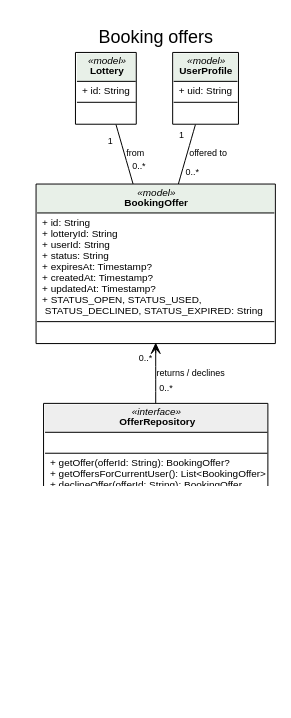
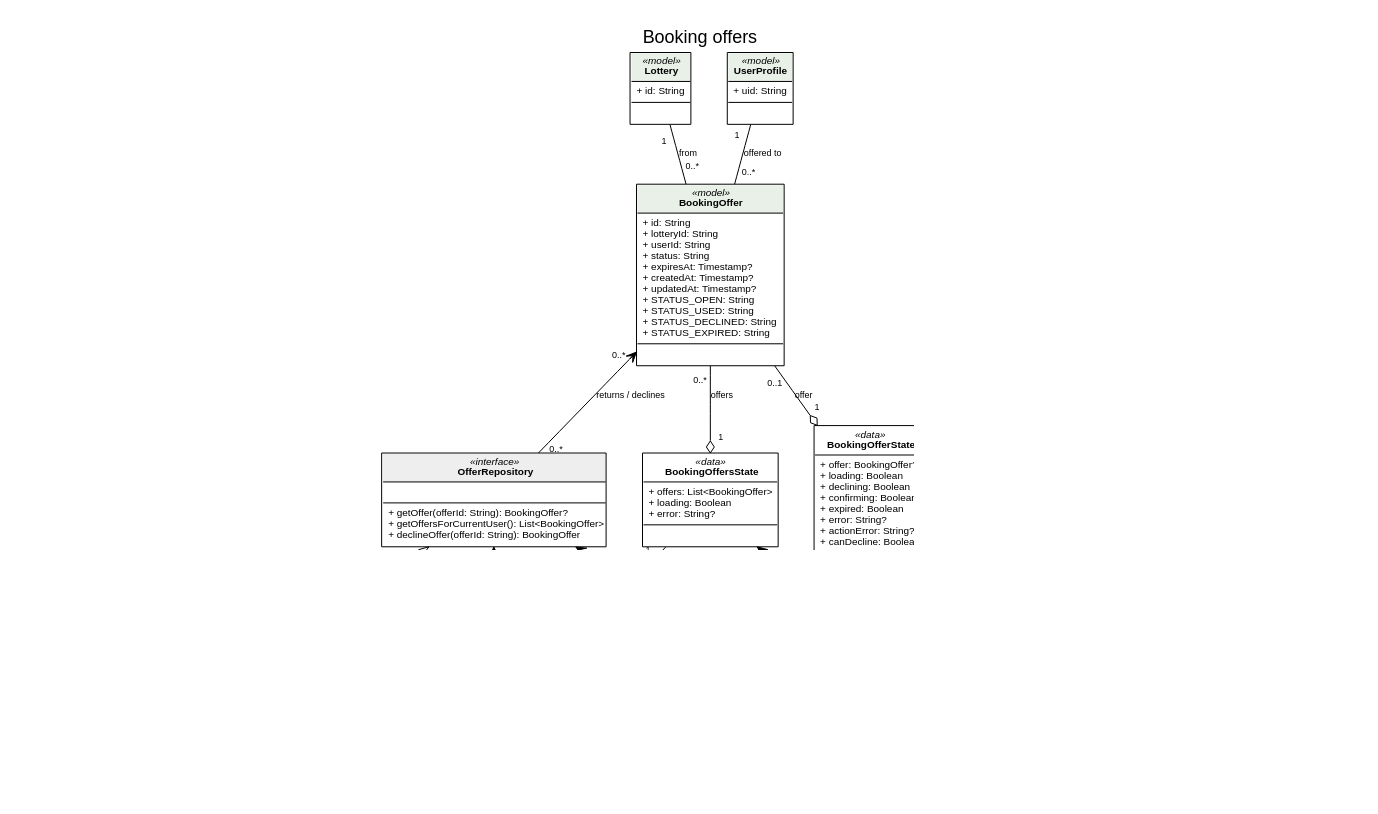
The diagram in doc/uml/booking_offers.dot (CMPUT301F26-legion/legion-events), drawn with Graphviz before and after one commit. The commit also changed 14 other files, not shown here.

Commit message:
Update UML diagrams: open arrowheads, enum constants, QR scanning, offer screens, lottery worker

```diff
--- a/doc/uml/booking_offers.dot
+++ b/doc/uml/booking_offers.dot
@@ -1,21 +1,34 @@
-// UML class diagram: booking offers (Person 6)
-// Render with: dot -Tpng booking_offers.dot -o booking_offers.png
+// UML class diagram: booking offers and decline (Person 6)
+// Render with: python3 render.py booking_offers.dot booking_offers.png  (needs Graphviz and Google Chrome)
 digraph G {
   graph [rankdir=BT fontname="Liberation Sans" nodesep=0.5 ranksep=0.7 dpi=110 pad=0.3
          label="Booking offers" labelloc=t fontsize=18];
   node  [shape=plain fontname="Liberation Sans" fontsize=10];
   edge  [fontname="Liberation Sans" fontsize=9 labeldistance=1.8 labelangle=35];
   // Notation: extends (hollow triangle), one-way navigability (open arrow), association (plain line),
   // aggregation (hollow diamond on the owner), composition (filled diamond on the owner).
   // taillabel = source multiplicity, headlabel = target multiplicity. Extends has none.
 
-  BookingOffer [label=<<TABLE BORDER="1" CELLBORDER="0" CELLSPACING="0" CELLPADDING="4"><TR><TD BGCOLOR="#e8f0e8"><I>«model»</I><BR/><B>BookingOffer</B></TD></TR><TR><TD ALIGN="LEFT" BALIGN="LEFT" SIDES="T" BORDER="1">+ id: String<BR/>+ lotteryId: String<BR/>+ userId: String<BR/>+ status: String<BR/>+ expiresAt: Timestamp?<BR/>+ createdAt: Timestamp?<BR/>+ updatedAt: Timestamp?<BR/>+ STATUS_OPEN, STATUS_USED,<BR/>  STATUS_DECLINED, STATUS_EXPIRED: String</TD></TR><TR><TD ALIGN="LEFT" BALIGN="LEFT" SIDES="T" BORDER="1"> </TD></TR></TABLE>>];
+  BookingOffer [label=<<TABLE BORDER="1" CELLBORDER="0" CELLSPACING="0" CELLPADDING="4"><TR><TD BGCOLOR="#e8f0e8"><I>«model»</I><BR/><B>BookingOffer</B></TD></TR><TR><TD ALIGN="LEFT" BALIGN="LEFT" SIDES="T" BORDER="1">+ id: String<BR/>+ lotteryId: String<BR/>+ userId: String<BR/>+ status: String<BR/>+ expiresAt: Timestamp?<BR/>+ createdAt: Timestamp?<BR/>+ updatedAt: Timestamp?<BR/>+ STATUS_OPEN: String<BR/>+ STATUS_USED: String<BR/>+ STATUS_DECLINED: String<BR/>+ STATUS_EXPIRED: String</TD></TR><TR><TD ALIGN="LEFT" BALIGN="LEFT" SIDES="T" BORDER="1"> </TD></TR></TABLE>>];
   Lottery [label=<<TABLE BORDER="1" CELLBORDER="0" CELLSPACING="0" CELLPADDING="4"><TR><TD BGCOLOR="#e8f0e8"><I>«model»</I><BR/><B>Lottery</B></TD></TR><TR><TD ALIGN="LEFT" BALIGN="LEFT" SIDES="T" BORDER="1">+ id: String</TD></TR><TR><TD ALIGN="LEFT" BALIGN="LEFT" SIDES="T" BORDER="1"> </TD></TR></TABLE>>];
   UserProfile [label=<<TABLE BORDER="1" CELLBORDER="0" CELLSPACING="0" CELLPADDING="4"><TR><TD BGCOLOR="#e8f0e8"><I>«model»</I><BR/><B>UserProfile</B></TD></TR><TR><TD ALIGN="LEFT" BALIGN="LEFT" SIDES="T" BORDER="1">+ uid: String</TD></TR><TR><TD ALIGN="LEFT" BALIGN="LEFT" SIDES="T" BORDER="1"> </TD></TR></TABLE>>];
   OfferRepository [label=<<TABLE BORDER="1" CELLBORDER="0" CELLSPACING="0" CELLPADDING="4"><TR><TD BGCOLOR="#eeeeee"><I>«interface»</I><BR/><B>OfferRepository</B></TD></TR><TR><TD ALIGN="LEFT" BALIGN="LEFT" SIDES="T" BORDER="1"> </TD></TR><TR><TD ALIGN="LEFT" BALIGN="LEFT" SIDES="T" BORDER="1">+ getOffer(offerId: String): BookingOffer?<BR/>+ getOffersForCurrentUser(): List&lt;BookingOffer&gt;<BR/>+ declineOffer(offerId: String): BookingOffer</TD></TR></TABLE>>];
-  FirebaseOfferRepository [label=<<TABLE BORDER="1" CELLBORDER="0" CELLSPACING="0" CELLPADDING="4"><TR><TD><B>FirebaseOfferRepository</B></TD></TR><TR><TD ALIGN="LEFT" BALIGN="LEFT" SIDES="T" BORDER="1">- auth: FirebaseAuth<BR/>- firestore: FirebaseFirestore<BR/>- now: () -&gt; Timestamp<BR/>- COLLECTION = "bookingOffers"<BR/>- STATUSES: Set&lt;String&gt;</TD></TR><TR><TD ALIGN="LEFT" BALIGN="LEFT" SIDES="T" BORDER="1">+ getOffer(offerId: String): BookingOffer?<BR/>+ getOffersForCurrentUser(): List&lt;BookingOffer&gt;<BR/>+ declineOffer(offerId: String): BookingOffer<BR/>- currentUserId(): String<BR/>- offerDocument(offerId: String): DocumentReference<BR/>- DocumentSnapshot.toOwnedOffer(userId): BookingOffer<BR/>- withOfferAccess(operation): T</TD></TR></TABLE>>];
+  FirebaseOfferRepository [label=<<TABLE BORDER="1" CELLBORDER="0" CELLSPACING="0" CELLPADDING="4"><TR><TD><B>FirebaseOfferRepository</B></TD></TR><TR><TD ALIGN="LEFT" BALIGN="LEFT" SIDES="T" BORDER="1">- auth: FirebaseAuth<BR/>- firestore: FirebaseFirestore<BR/>- now: () -&gt; Timestamp<BR/>- COLLECTION = "offers"</TD></TR><TR><TD ALIGN="LEFT" BALIGN="LEFT" SIDES="T" BORDER="1">+ getOffer(offerId: String): BookingOffer?<BR/>+ getOffersForCurrentUser(): List&lt;BookingOffer&gt;<BR/>+ declineOffer(offerId: String): BookingOffer<BR/>- currentUserId(): String<BR/>- offerDocument(offerId: String): DocumentReference<BR/>- DocumentSnapshot.toOwnedOffer(userId: String): BookingOffer<BR/>- DocumentSnapshot.requiredString(field: String): String<BR/>- DocumentSnapshot.optionalTimestamp(field: String): Timestamp?<BR/>- withOfferAccess(operation): T</TD></TR></TABLE>>];
+  BookingOffersController [label=<<TABLE BORDER="1" CELLBORDER="0" CELLSPACING="0" CELLPADDING="4"><TR><TD BGCOLOR="#e8eef8"><I>«controller» ViewModel</I><BR/><B>BookingOffersController</B></TD></TR><TR><TD ALIGN="LEFT" BALIGN="LEFT" SIDES="T" BORDER="1">- repository: OfferRepository<BR/>- mutableState: MutableStateFlow&lt;BookingOffersState&gt;<BR/>+ state: StateFlow&lt;BookingOffersState&gt;<BR/>- request: Job?</TD></TR><TR><TD ALIGN="LEFT" BALIGN="LEFT" SIDES="T" BORDER="1">+ retry()</TD></TR></TABLE>>];
+  BookingOffersState [label=<<TABLE BORDER="1" CELLBORDER="0" CELLSPACING="0" CELLPADDING="4"><TR><TD><I>«data»</I><BR/><B>BookingOffersState</B></TD></TR><TR><TD ALIGN="LEFT" BALIGN="LEFT" SIDES="T" BORDER="1">+ offers: List&lt;BookingOffer&gt;<BR/>+ loading: Boolean<BR/>+ error: String?</TD></TR><TR><TD ALIGN="LEFT" BALIGN="LEFT" SIDES="T" BORDER="1"> </TD></TR></TABLE>>];
+  BookingOfferController [label=<<TABLE BORDER="1" CELLBORDER="0" CELLSPACING="0" CELLPADDING="4"><TR><TD BGCOLOR="#e8eef8"><I>«controller» ViewModel</I><BR/><B>BookingOfferController</B></TD></TR><TR><TD ALIGN="LEFT" BALIGN="LEFT" SIDES="T" BORDER="1">- offerId: String<BR/>- repository: OfferRepository<BR/>- now: () -&gt; Timestamp<BR/>- mutableState: MutableStateFlow&lt;BookingOfferState&gt;<BR/>+ state: StateFlow&lt;BookingOfferState&gt;<BR/>- request: Job?</TD></TR><TR><TD ALIGN="LEFT" BALIGN="LEFT" SIDES="T" BORDER="1">+ retry()<BR/>+ requestDecline()<BR/>+ cancelDecline()<BR/>+ confirmDecline()<BR/>- isExpired(offer: BookingOffer?): Boolean<BR/>- expireBeforeAction(): Boolean</TD></TR></TABLE>>];
+  BookingOfferState [label=<<TABLE BORDER="1" CELLBORDER="0" CELLSPACING="0" CELLPADDING="4"><TR><TD><I>«data»</I><BR/><B>BookingOfferState</B></TD></TR><TR><TD ALIGN="LEFT" BALIGN="LEFT" SIDES="T" BORDER="1">+ offer: BookingOffer?<BR/>+ loading: Boolean<BR/>+ declining: Boolean<BR/>+ confirming: Boolean<BR/>+ expired: Boolean<BR/>+ error: String?<BR/>+ actionError: String?<BR/>+ canDecline: Boolean</TD></TR><TR><TD ALIGN="LEFT" BALIGN="LEFT" SIDES="T" BORDER="1"> </TD></TR></TABLE>>];
+  Views [label=<<TABLE BORDER="1" CELLBORDER="0" CELLSPACING="0" CELLPADDING="4"><TR><TD BGCOLOR="#f8f0e0"><I>«view» composables</I><BR/><B>Offer screens</B></TD></TR><TR><TD ALIGN="LEFT" BALIGN="LEFT" SIDES="T" BORDER="1"> </TD></TR><TR><TD ALIGN="LEFT" BALIGN="LEFT" SIDES="T" BORDER="1">+ LotteriesScreen(onOffers)<BR/>+ BookingOffersScreen(state, onBack, onRetry, onOpen)<BR/>+ BookingOfferScreen(state, onBack, onRetry, onDecline, onConfirmDecline, onCancelDecline)</TD></TR></TABLE>>];
   FirebaseOfferRepository -> OfferRepository [arrowhead=onormal];
   OfferRepository -> BookingOffer [arrowhead=vee label="returns / declines" taillabel="0..*" headlabel="0..*"];
   BookingOffer -> Lottery [arrowhead=none label="from" taillabel="0..*" headlabel="1"];
   BookingOffer -> UserProfile [arrowhead=none label="offered to" taillabel="0..*" headlabel="1"];
+  BookingOffersController -> OfferRepository [arrowhead=vee label="uses" taillabel="0..*" headlabel="1"];
+  BookingOffersController -> BookingOffersState [dir=back arrowtail=diamond label="exposes" taillabel="1" headlabel="1"];
+  BookingOffersState -> BookingOffer [dir=back arrowtail=odiamond label="offers" taillabel="1" headlabel="0..*"];
+  BookingOfferController -> OfferRepository [arrowhead=vee label="uses" taillabel="0..*" headlabel="1"];
+  BookingOfferController -> BookingOfferState [dir=back arrowtail=diamond label="exposes" taillabel="1" headlabel="1"];
+  BookingOfferState -> BookingOffer [dir=back arrowtail=odiamond label="offer" taillabel="1" headlabel="0..1"];
+  Views -> BookingOffersState [arrowhead=vee label="renders" taillabel="0..*" headlabel="1"];
+  Views -> BookingOfferState [arrowhead=vee label="renders" taillabel="0..*" headlabel="1"];
 }
```
